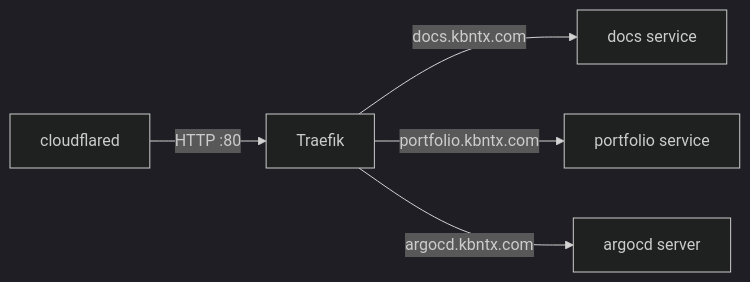
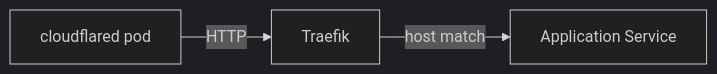
One commit to kbntx-org/nexus changed the first of 2 diagrams in docs/src/platform/traefik/01-overview.md. Above: the diagram before and after it, drawn with Mermaid. The commit also changed other lines of this file and 15 other files, not shown here.

````diff
--- a/docs/src/platform/traefik/01-overview.md
+++ b/docs/src/platform/traefik/01-overview.md
@@ -13,8 +38,10 @@
 ```mermaid
 %%{init: {'theme':'dark'}}%%
-flowchart LR
-    cloudflared -->|HTTP :80| Traefik
-    Traefik -->|docs.kbntx.com| docs[docs service]
-    Traefik -->|portfolio.kbntx.com| portfolio[portfolio service]
-    Traefik -->|argocd.kbntx.com| argocd[argocd server]
+graph LR
+    Cloudflared[cloudflared pod]
+    Traefik
+    Service[Application Service]
+
+    Cloudflared -->|HTTP| Traefik
+    Traefik -->|host match| Service
 ```
````
